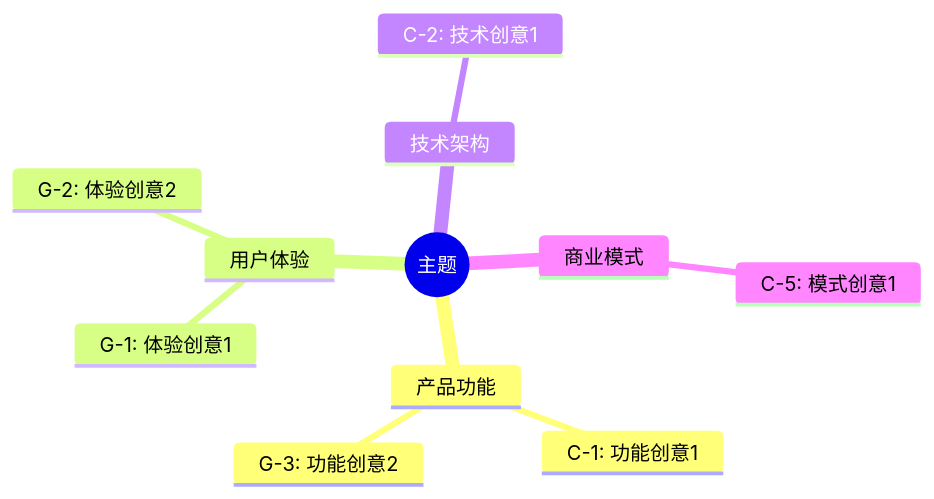
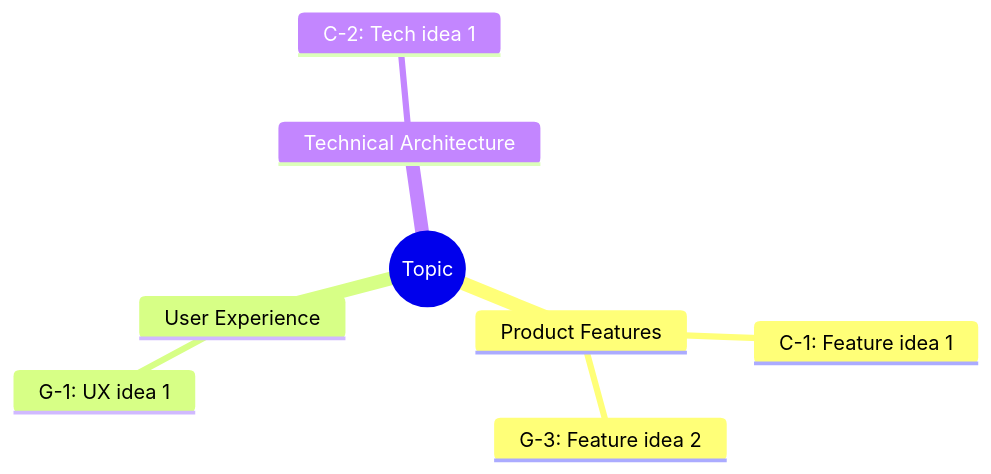
The first of 2 diagrams in plugins/brainstorm/skills/idea-evaluator/SKILL.md (zengwenliang416/my-plugins), drawn with Mermaid before and after one commit. The commit also changed other lines of this file and 3 other files, not shown here.

````diff
--- a/plugins/brainstorm/skills/idea-evaluator/SKILL.md
+++ b/plugins/brainstorm/skills/idea-evaluator/SKILL.md
@@ -165,14 +123,11 @@
 ```mermaid
 mindmap
-  root((主题))
-    产品功能
-      C-1: 功能创意1
-      G-3: 功能创意2
-    用户体验
-      G-1: 体验创意1
-      G-2: 体验创意2
-    技术架构
-      C-2: 技术创意1
-    商业模式
-      C-5: 模式创意1
+  root((Topic))
+    Product Features
+      C-1: Feature idea 1
+      G-3: Feature idea 2
+    User Experience
+      G-1: UX idea 1
+    Technical Architecture
+      C-2: Tech idea 1
 ```
````
